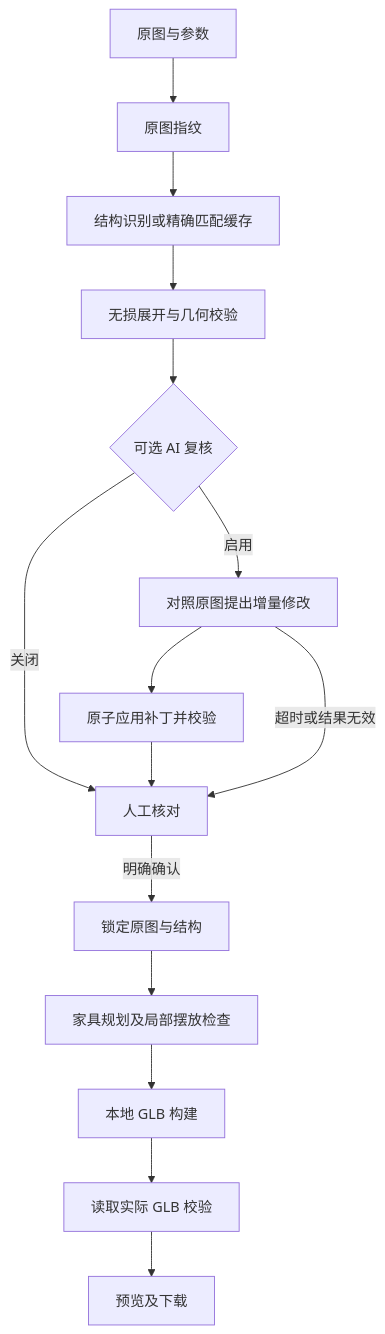
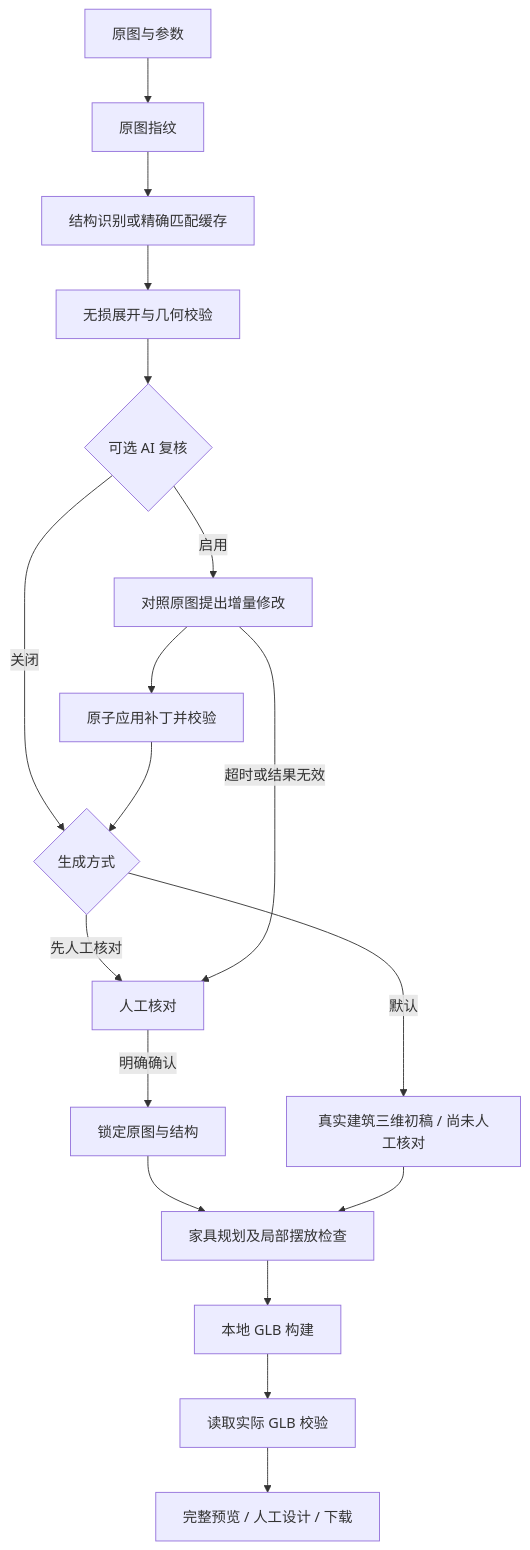
The diagram in docs/ai-pipeline-design.md (Li-Rui-Zhe/LayoutSculpt), drawn with Mermaid before and after one commit. The commit also changed other lines of this file and 128 other files, not shown here.

````diff
--- a/docs/ai-pipeline-design.md
+++ b/docs/ai-pipeline-design.md
@@ -9,17 +9,20 @@
 ```mermaid
 flowchart TD
     A[原图与参数] --> B[原图指纹]
     B --> C[结构识别或精确匹配缓存]
     C --> D[无损展开与几何校验]
     D --> E{可选 AI 复核}
     E -->|启用| F[对照原图提出增量修改]
     F --> G[原子应用补丁并校验]
-    E -->|关闭| H[人工核对]
-    G --> H
+    E -->|关闭| R{生成方式}
+    G --> R
+    R -->|默认| P[真实建筑三维初稿 / 尚未人工核对]
+    R -->|先人工核对| H[人工核对]
     F -->|超时或结果无效| H
     H -->|明确确认| I[锁定原图与结构]
     I --> J[家具规划及局部摆放检查]
+    P --> J
     J --> K[本地 GLB 构建]
     K --> L[读取实际 GLB 校验]
-    L --> M[预览及下载]
+    L --> M[完整预览 / 人工设计 / 下载]
 ```
````
